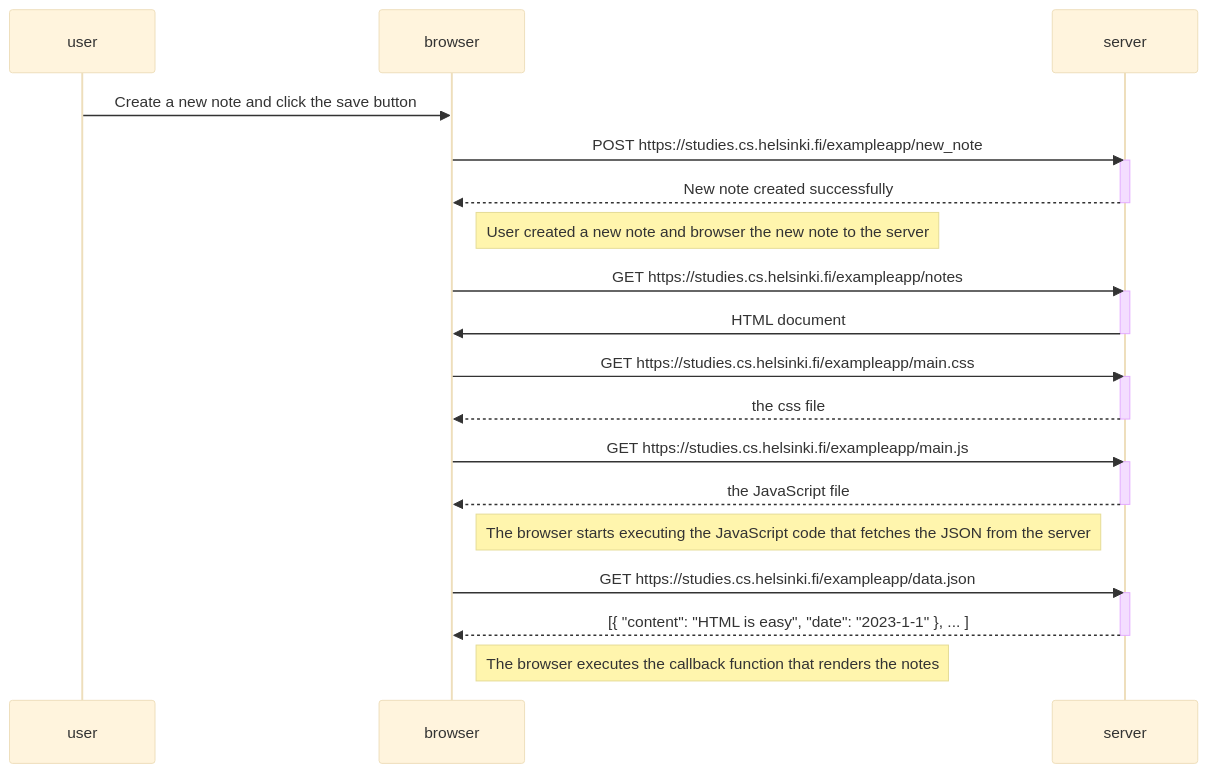
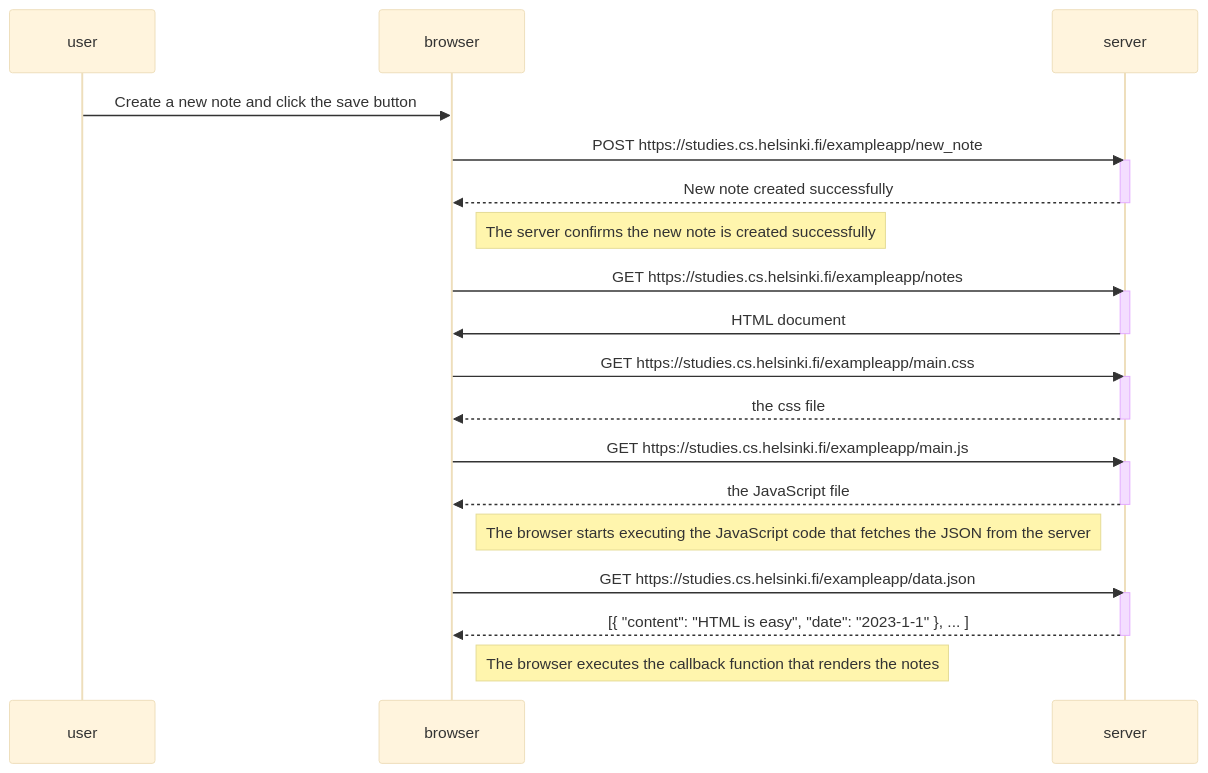
The diagram in part0/0.4: New note diagram.md (hellojeremyonly/full-stack-open), drawn with Mermaid (base theme) before and after one commit.

Commit message:
Update 0.4: New note diagram.md

````diff
--- a/part0/0.4: New note diagram.md
+++ b/part0/0.4: New note diagram.md
@@ -1,38 +1,38 @@
 ```mermaid
 sequenceDiagram
     participant user
     participant browser
     participant server
 
     user->>browser: Create a new note and click the save button
     browser->>server: POST https://studies.cs.helsinki.fi/exampleapp/new_note
     activate server
     server-->>browser: New note created successfully
     deactivate server
 
-    Note right of browser: User created a new note and browser the new note to the server
+    Note right of browser: The server confirms the new note is created successfully
 
     browser->>server: GET https://studies.cs.helsinki.fi/exampleapp/notes
     activate server
     server->>browser: HTML document
     deactivate server
 
     browser->>server: GET https://studies.cs.helsinki.fi/exampleapp/main.css
     activate server
     server-->>browser: the css file
     deactivate server
 
     browser->>server: GET https://studies.cs.helsinki.fi/exampleapp/main.js
     activate server
     server-->>browser: the JavaScript file
     deactivate server
 
     Note right of browser: The browser starts executing the JavaScript code that fetches the JSON from the server
 
     browser->>server: GET https://studies.cs.helsinki.fi/exampleapp/data.json
     activate server
     server-->>browser: [{ "content": "HTML is easy", "date": "2023-1-1" }, ... ]
     deactivate server
 
     Note right of browser: The browser executes the callback function that renders the notes
 ```
````
